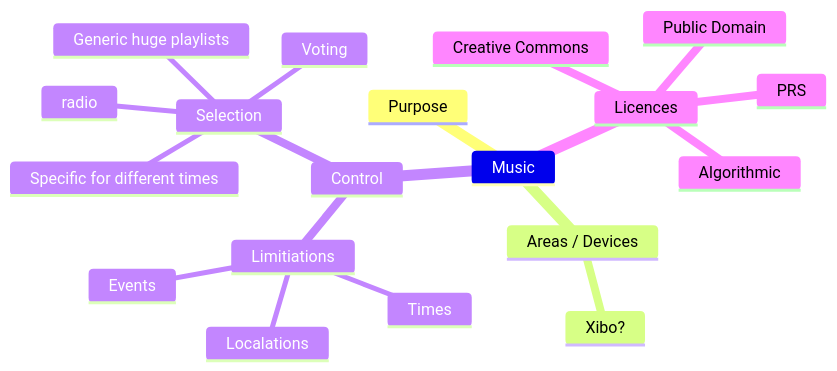
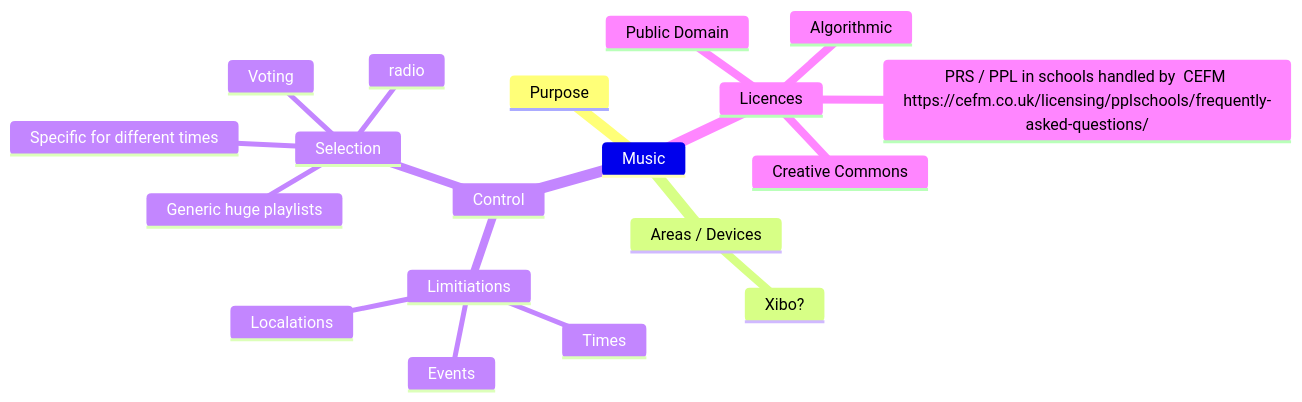
Before and after one commit to mr-eggleton/obsidian-notes: the diagram in Joy/Music.md, drawn with Mermaid. The commit also changed other lines of this file, not shown here.

````diff
--- a/Joy/Music.md
+++ b/Joy/Music.md
@@ -2,23 +2,23 @@
 ```mermaid
 mindmap
 	Music
 		Purpose
 		Areas / Devices
 			Xibo?
 		Control
 			Limitiations
 				Times
 				Localations
 				Events
 			Selection
 				Voting
 				Generic huge playlists
 				Specific for different times
 				radio
 		Licences
-			PRS
+			PRS / PPL in schools handled by  CEFM https://cefm.co.uk/licensing/pplschools/frequently-asked-questions/
 			Public Domain
 			Creative Commons
 			Algorithmic
 
 ```
````
